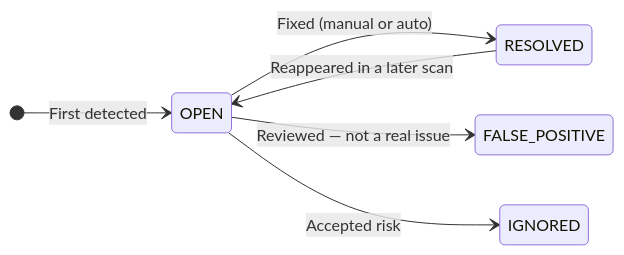
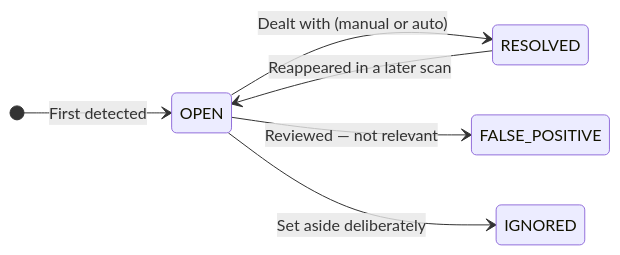
One commit to classifyre/classifyre changed the second of 2 diagrams in apps/docs/app/detectors/findings/page.mdx. Above: the diagram before and after it, drawn with Mermaid. The commit also changed other lines of this file and 96 other files, not shown here.

````diff
--- a/apps/docs/app/detectors/findings/page.mdx
+++ b/apps/docs/app/detectors/findings/page.mdx
@@ -94,9 +104,9 @@
 ```mermaid
 stateDiagram-v2
     direction LR
     [*] --> OPEN: First detected
-    OPEN --> RESOLVED: Fixed (manual or auto)
-    OPEN --> FALSE_POSITIVE: Reviewed — not a real issue
-    OPEN --> IGNORED: Accepted risk
+    OPEN --> RESOLVED: Dealt with (manual or auto)
+    OPEN --> FALSE_POSITIVE: Reviewed — not relevant
+    OPEN --> IGNORED: Set aside deliberately
     RESOLVED --> OPEN: Reappeared in a later scan
 ```
````
